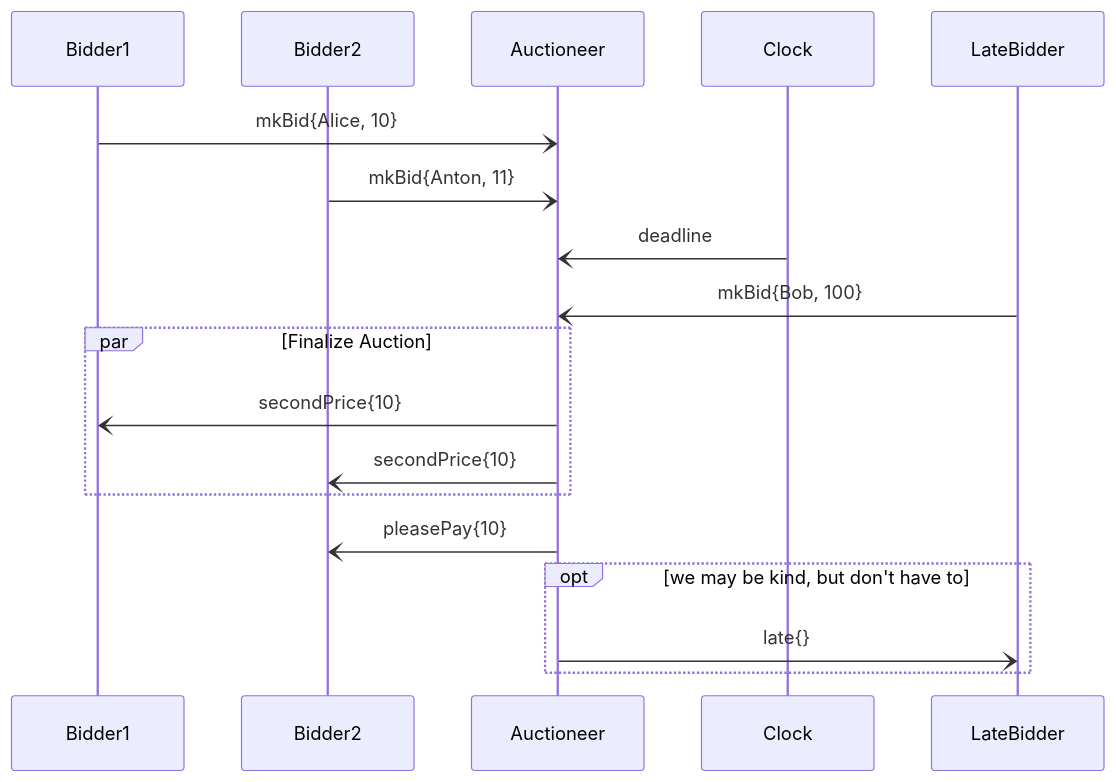
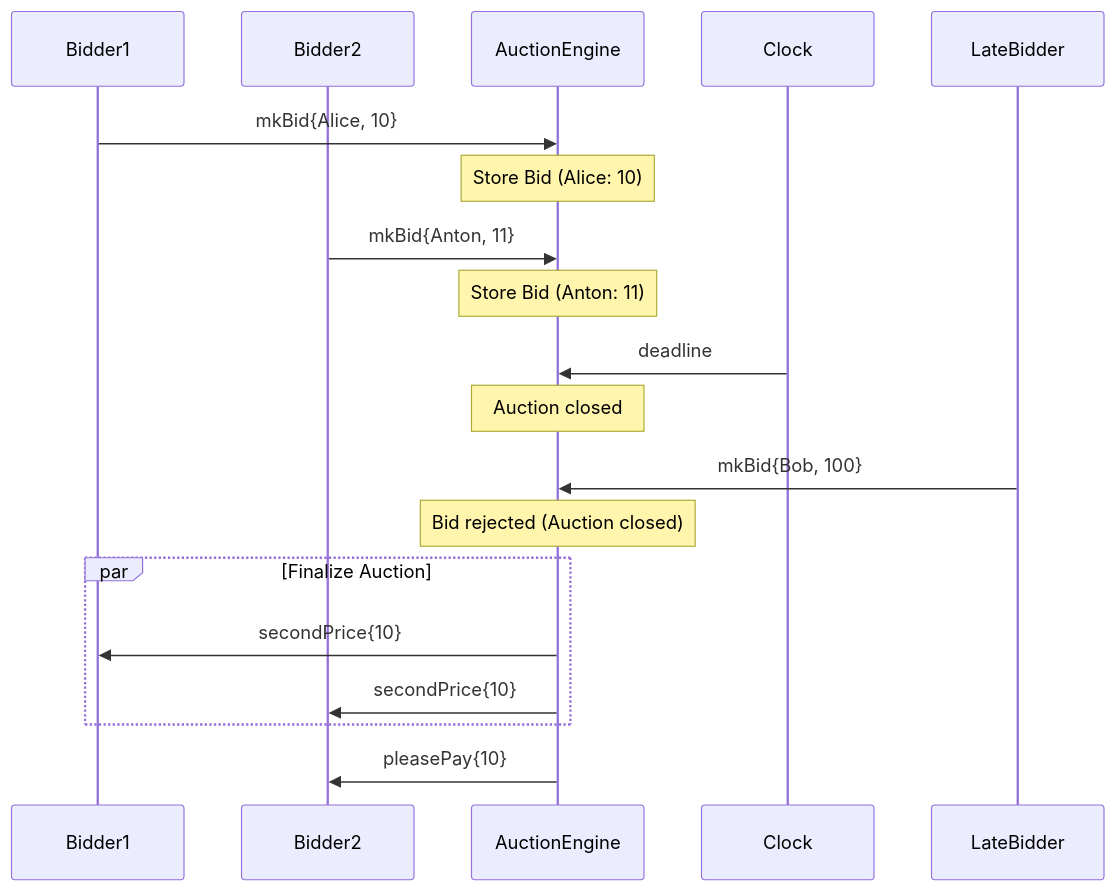
Before and after one commit to anoma/nspec: the second of 3 diagrams in docs/tutorial/engines/engine-template-example.juvix.md, drawn with Mermaid. The commit also changed other lines of this file and 5 other files, not shown here.

````diff
--- a/docs/tutorial/engines/engine-template-example.juvix.md
+++ b/docs/tutorial/engines/engine-template-example.juvix.md
@@ -76,20 +147,27 @@
 ```mermaid
 sequenceDiagram
     participant Bidder1
     participant Bidder2
-    participant Auctioneer
+    participant AuctionEngine
     participant Clock
     participant LateBidder
-	Bidder1-)Auctioneer: mkBid{Alice, 10}
-    Bidder2-)Auctioneer: mkBid{Anton, 11}
-	Clock-)Auctioneer: deadline
-	LateBidder-)Auctioneer: mkBid{Bob, 100}
+
+    Bidder1 ->> AuctionEngine: mkBid{Alice, 10}
+    Note over AuctionEngine: Store Bid (Alice: 10)
+
+    Bidder2 ->> AuctionEngine: mkBid{Anton, 11}
+    Note over AuctionEngine: Store Bid (Anton: 11)
+
+    Clock ->> AuctionEngine: deadline
+    Note over AuctionEngine: Auction closed
+
+    LateBidder ->> AuctionEngine: mkBid{Bob, 100}
+    Note over AuctionEngine: Bid rejected (Auction closed)
+
     par Finalize Auction
-		Auctioneer-)Bidder1: secondPrice{10}
-		Auctioneer-)Bidder2: secondPrice{10}
+        AuctionEngine ->> Bidder1: secondPrice{10}
+        AuctionEngine ->> Bidder2: secondPrice{10}
     end
-	Auctioneer-)Bidder2: pleasePay{10}
-	opt we may be kind, but don't have to
-        Auctioneer-)LateBidder: late{}
-	end
+
+    AuctionEngine ->> Bidder2: pleasePay{10}
 ```
````
